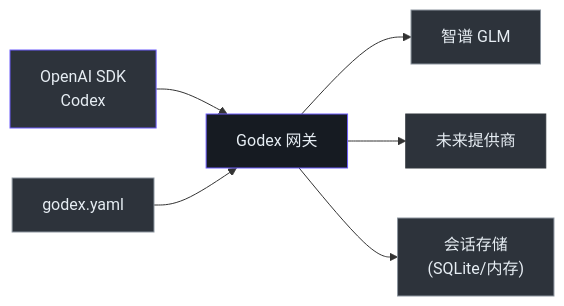
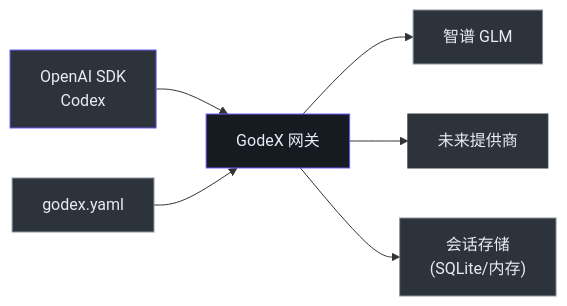
Before and after one commit to zamelee/GodeX: the diagram in wiki/zh/onboarding/executive-guide.md, drawn with Mermaid. The commit also changed other lines of this file and 96 other files, not shown here.

First line of the commit message:
refactor: Rename project from Godex to GodeX (#44)

````diff
--- a/wiki/zh/onboarding/executive-guide.md
+++ b/wiki/zh/onboarding/executive-guide.md
@@ -29,15 +29,15 @@
 ```mermaid
 graph LR
-    CLIENT["OpenAI SDK<br>Codex"] --> GODEX["Godex 网关"]
+    CLIENT["OpenAI SDK<br>Codex"] --> GODEX["GodeX 网关"]
     GODEX --> ZHIPU["智谱 GLM"]
     GODEX --> FUTURE["未来提供商"]
     GODEX --> SESSION["会话存储<br>(SQLite/内存)"]
     CONFIG["godex.yaml"] --> GODEX
 
     style CLIENT fill:#2d333b,stroke:#6d5dfc,color:#e6edf3
     style GODEX fill:#161b22,stroke:#6d5dfc,color:#e6edf3
     style ZHIPU fill:#2d333b,stroke:#8b949e,color:#e6edf3
     style FUTURE fill:#2d333b,stroke:#30363d,color:#e6edf3
     style SESSION fill:#2d333b,stroke:#8b949e,color:#e6edf3
     style CONFIG fill:#2d333b,stroke:#8b949e,color:#e6edf3
 ```
````
